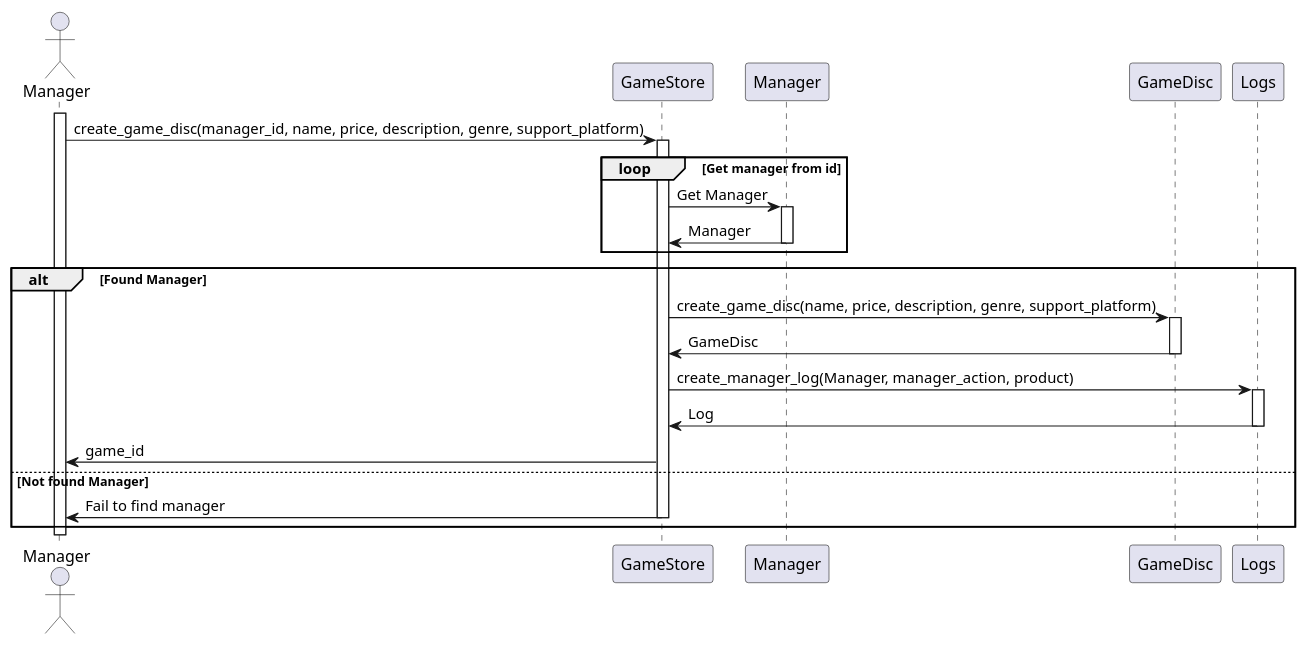
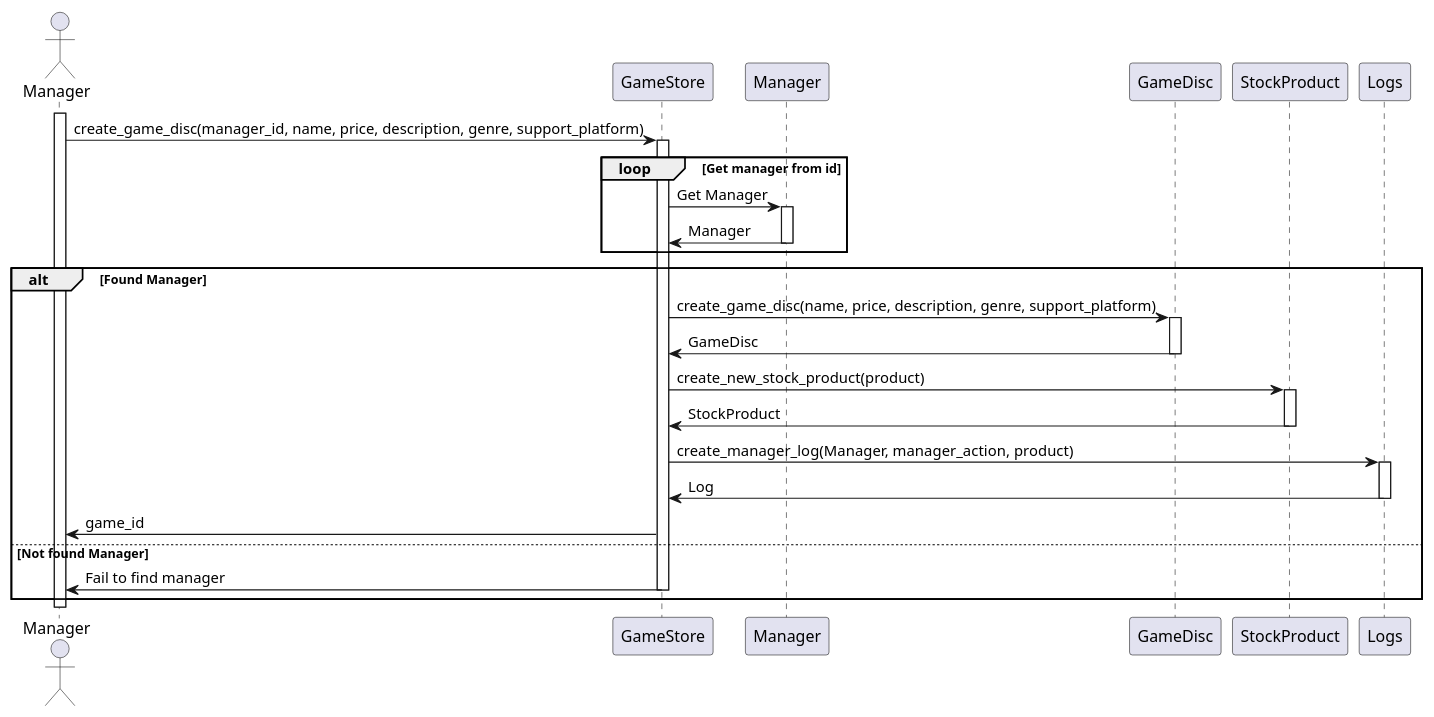
The diagram in SequenceDiagram/sequence_diagram_create_game_disc.puml (WaroonRagwongsiri/OOP_Project), drawn with PlantUML before and after one commit. The commit also changed 7 other files, not shown here.

```diff
--- a/SequenceDiagram/sequence_diagram_create_game_disc.puml
+++ b/SequenceDiagram/sequence_diagram_create_game_disc.puml
@@ -1,50 +1,57 @@
 @startuml SequenceDiagramCreateGame
 
 actor Manager as A_Manager
 
 participant GameStore
 participant Manager as P_Manager
 participant GameDisc
+participant StockProduct
 participant Logs
 
 activate A_Manager
 
 A_Manager -> GameStore : create_game_disc(manager_id, name, price, description, genre, support_platform)
 activate GameStore
 
 loop Get manager from id
 
 	GameStore -> P_Manager : Get Manager
 	activate P_Manager
 
 	P_Manager -> GameStore : Manager
 	deactivate P_Manager
 
 end
 
 alt Found Manager
 
 	GameStore -> GameDisc : create_game_disc(name, price, description, genre, support_platform)
 	activate GameDisc
 
 	GameDisc -> GameStore : GameDisc
 	deactivate GameDisc
 
+	GameStore -> StockProduct : create_new_stock_product(product)
+	activate StockProduct
+
+	StockProduct -> GameStore : StockProduct
+	deactivate StockProduct
+
 	GameStore -> Logs : create_manager_log(Manager, manager_action, product)
 	activate Logs
 
 	Logs -> GameStore : Log
 	deactivate Logs
 
 	GameStore -> A_Manager : game_id
 
 else Not found Manager
 
 	GameStore -> A_Manager : Fail to find manager
 	deactivate GameStore
 
 end
 
 deactivate A_Manager
 
 @enduml
```
